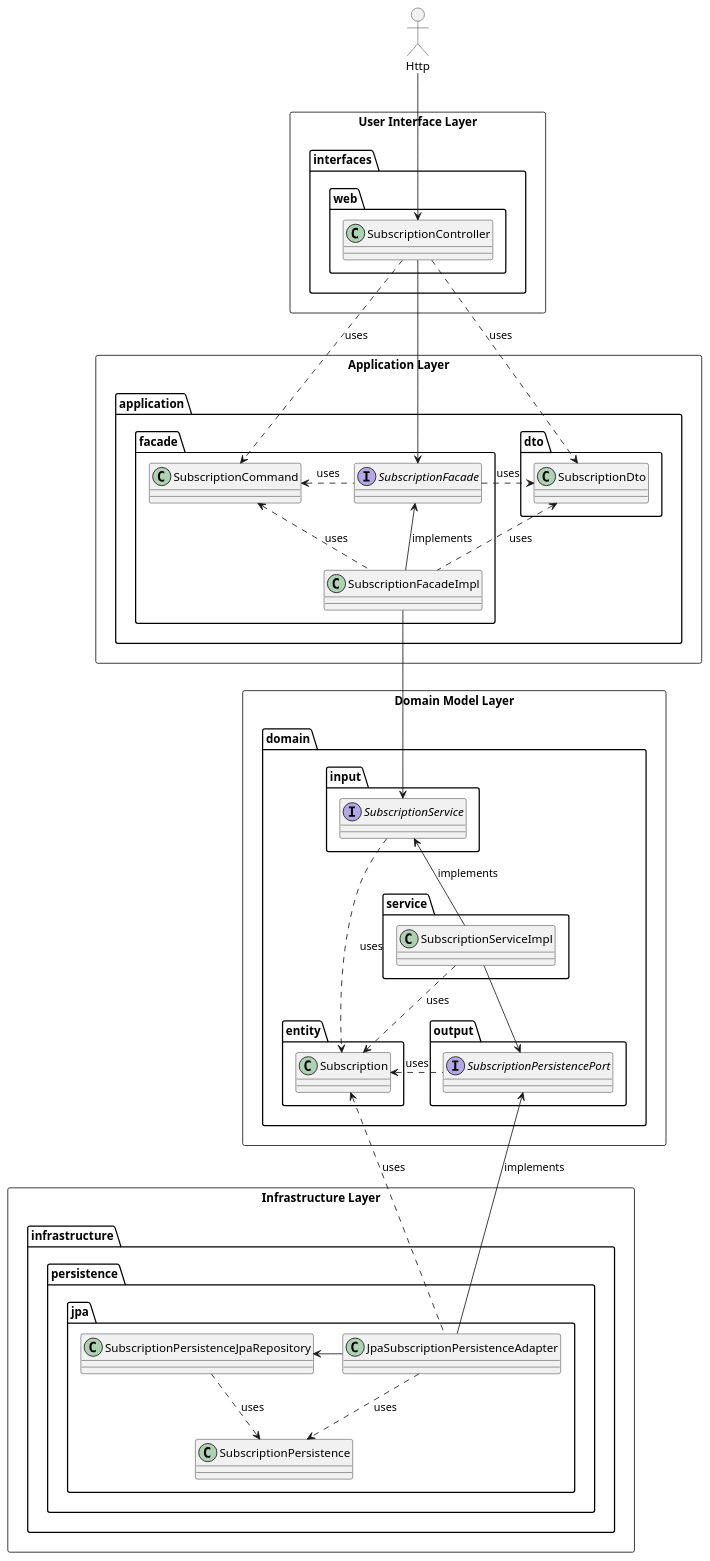
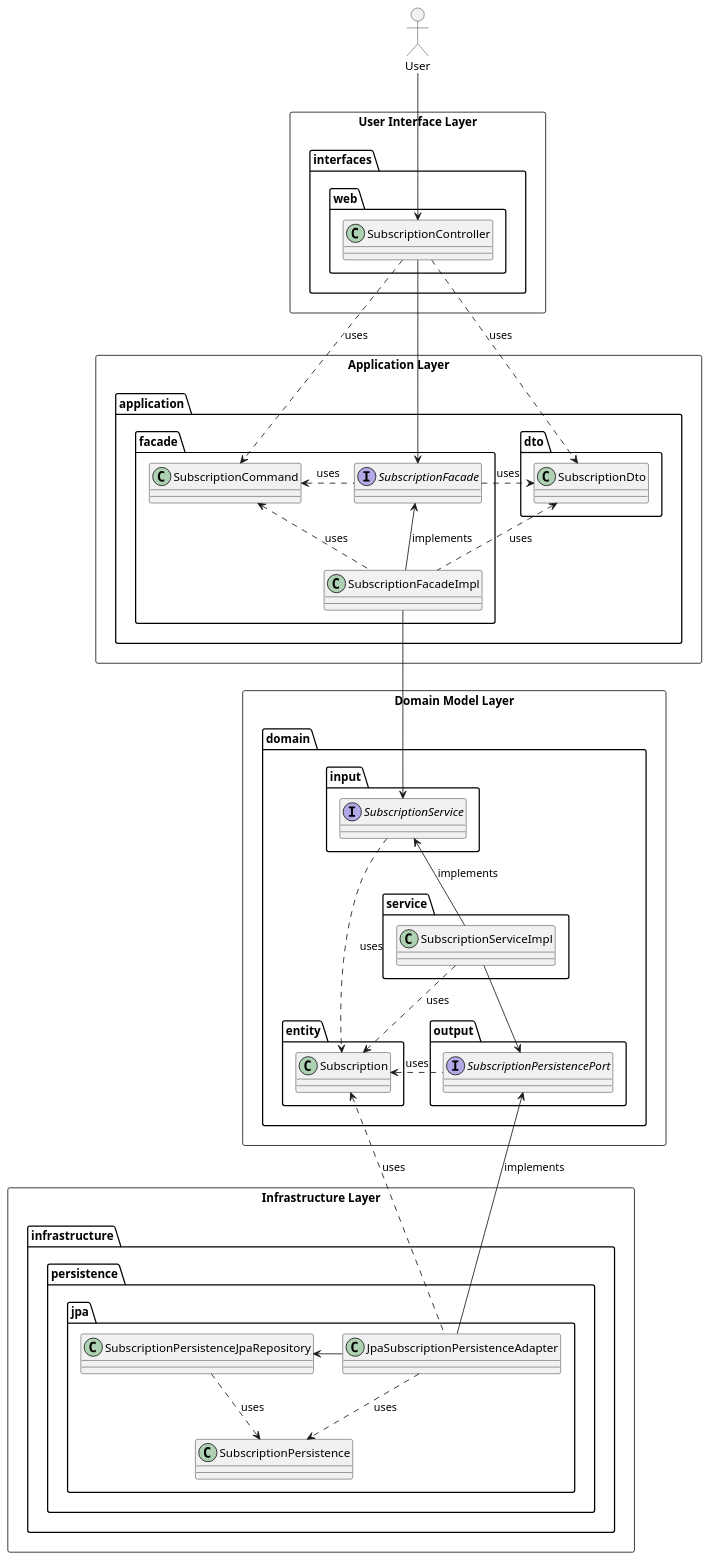
Before and after one commit to abchau/architecture-by-examples: the diagram in hddd/docs/diagrams/hddd-class.puml, drawn with PlantUML. The commit also changed 14 other files, not shown here.

```diff
--- a/hddd/docs/diagrams/hddd-class.puml
+++ b/hddd/docs/diagrams/hddd-class.puml
@@ -1,87 +1,87 @@
 @startuml
 allowmixing
 
 rectangle "User Interface Layer" {
 	package interfaces {
 		package web {
 			class SubscriptionController
 		}
 	}
 }
 
 rectangle "Application Layer" {
 	package application {
 		package dto {
 			class SubscriptionDto
 		}
 
 		package facade {
 			interface SubscriptionFacade
 			class SubscriptionCommand
 			class SubscriptionFacadeImpl
 
 		}
 	}
 }
 
 rectangle "Domain Model Layer" {
 	package domain {
 		package entity {
 			class Subscription
 		}
 
 		package input {
 			interface SubscriptionService
 		}
 
 		package service {
 			class SubscriptionServiceImpl
 		}
 
 		package output {
 			interface SubscriptionPersistencePort
 		}
 	}
 }
 
 rectangle "Infrastructure Layer" {
 	package infrastructure {
 		package persistence {
 			package jpa {
 				class JpaSubscriptionPersistenceAdapter
 				class SubscriptionPersistenceJpaRepository
 				class SubscriptionPersistence
 			}
 		}
 	}
 }
 
-actor Http
-Http -down-> SubscriptionController
+actor User
+User -down-> SubscriptionController
 
 SubscriptionController -down-> SubscriptionFacade
 SubscriptionController .down.> SubscriptionCommand: uses
 SubscriptionController .down.> SubscriptionDto: uses
 
 SubscriptionFacade .left.> SubscriptionCommand: uses
 SubscriptionFacade .right.> SubscriptionDto: uses
 SubscriptionFacadeImpl -up-> SubscriptionFacade: implements
 SubscriptionFacadeImpl .up.> SubscriptionCommand: uses
 SubscriptionFacadeImpl .up.> SubscriptionDto: uses
 
 SubscriptionFacadeImpl -down-> SubscriptionService
 
 SubscriptionServiceImpl -up-> SubscriptionService: implements
 SubscriptionServiceImpl -down-> SubscriptionPersistencePort
 SubscriptionService ..> Subscription: uses
 SubscriptionServiceImpl ..> Subscription: uses
 
 SubscriptionPersistencePort .left.> Subscription: uses
 JpaSubscriptionPersistenceAdapter .up.> Subscription: uses
 
 JpaSubscriptionPersistenceAdapter -up-> SubscriptionPersistencePort: implements
 JpaSubscriptionPersistenceAdapter -left-> SubscriptionPersistenceJpaRepository
 SubscriptionPersistenceJpaRepository ..> SubscriptionPersistence: uses
 JpaSubscriptionPersistenceAdapter ..> SubscriptionPersistence: uses
 
 @enduml
```
